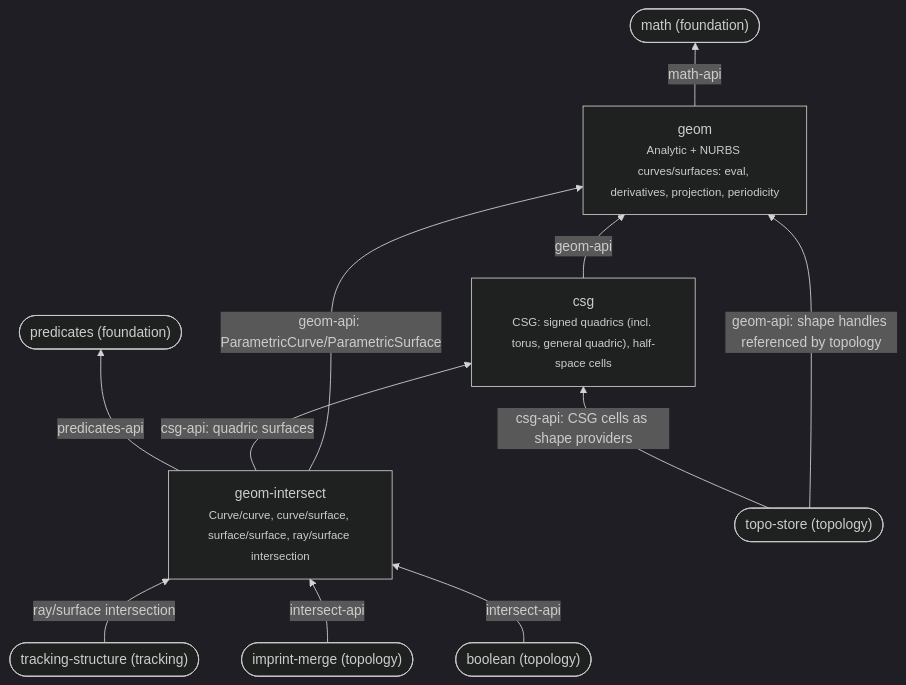
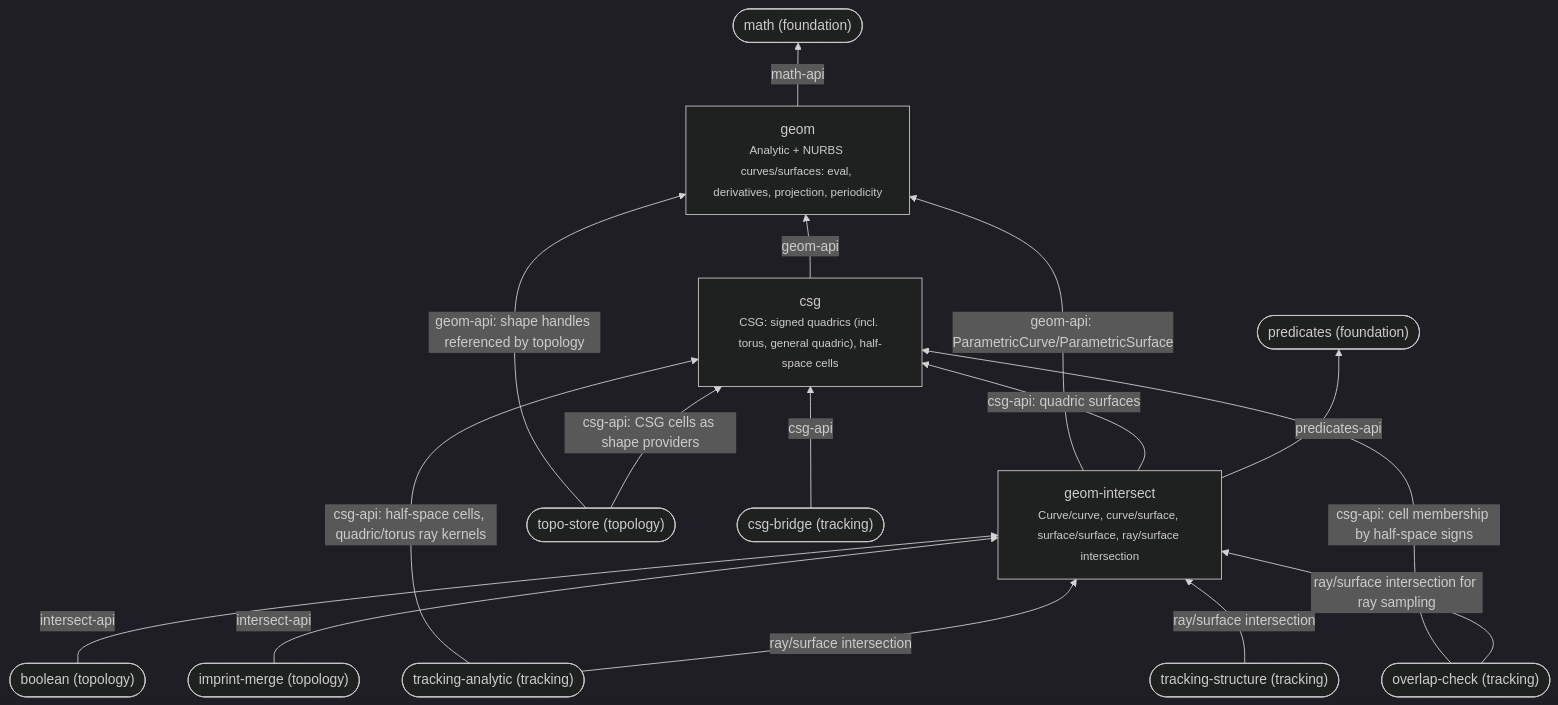
Before and after one commit to deOliveira-R/smart-mesher: the diagram in docs/graph/shape.mmd, drawn with Mermaid (dark theme). The commit also changed 12 other files, not shown here.

First line of the commit message:
docs: W3b plan and concept-graph delta (rulings Q1-Q14 applied; P1-P5 pending)

```diff
--- a/docs/graph/shape.mmd
+++ b/docs/graph/shape.mmd
@@ -1,21 +1,31 @@
 graph BT
   csg["csg<br/><small>CSG: signed quadrics (incl. torus, general quadric), half-space cells</small>"]
   geom["geom<br/><small>Analytic + NURBS curves/surfaces: eval, derivatives, projection, periodicity</small>"]
   geom_intersect["geom-intersect<br/><small>Curve/curve, curve/surface, surface/surface, ray/surface intersection</small>"]
   math(["math (foundation)"])
   geom -->|math-api| math
   csg -->|geom-api| geom
   geom_intersect -->|geom-api: ParametricCurve/ParametricSurface| geom
   geom_intersect -->|csg-api: quadric surfaces| csg
   predicates(["predicates (foundation)"])
   geom_intersect -->|predicates-api| predicates
   topo_store(["topo-store (topology)"])
   topo_store -->|geom-api: shape handles referenced by topology| geom
   topo_store(["topo-store (topology)"])
   topo_store -->|csg-api: CSG cells as shape providers| csg
   boolean(["boolean (topology)"])
   boolean -->|intersect-api| geom_intersect
   imprint_merge(["imprint-merge (topology)"])
   imprint_merge -->|intersect-api| geom_intersect
   tracking_structure(["tracking-structure (tracking)"])
   tracking_structure -->|ray/surface intersection| geom_intersect
+  tracking_analytic(["tracking-analytic (tracking)"])
+  tracking_analytic -->|csg-api: half-space cells, quadric/torus ray kernels| csg
+  tracking_analytic(["tracking-analytic (tracking)"])
+  tracking_analytic -->|ray/surface intersection| geom_intersect
+  csg_bridge(["csg-bridge (tracking)"])
+  csg_bridge -->|csg-api| csg
+  overlap_check(["overlap-check (tracking)"])
+  overlap_check -->|csg-api: cell membership by half-space signs| csg
+  overlap_check(["overlap-check (tracking)"])
+  overlap_check -->|ray/surface intersection for ray sampling| geom_intersect
```
